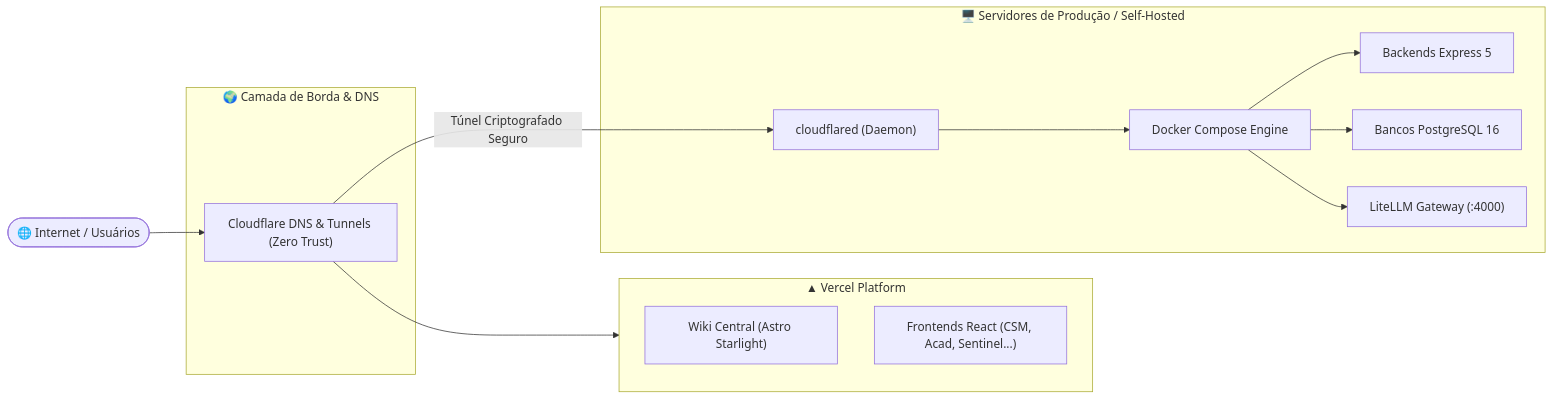
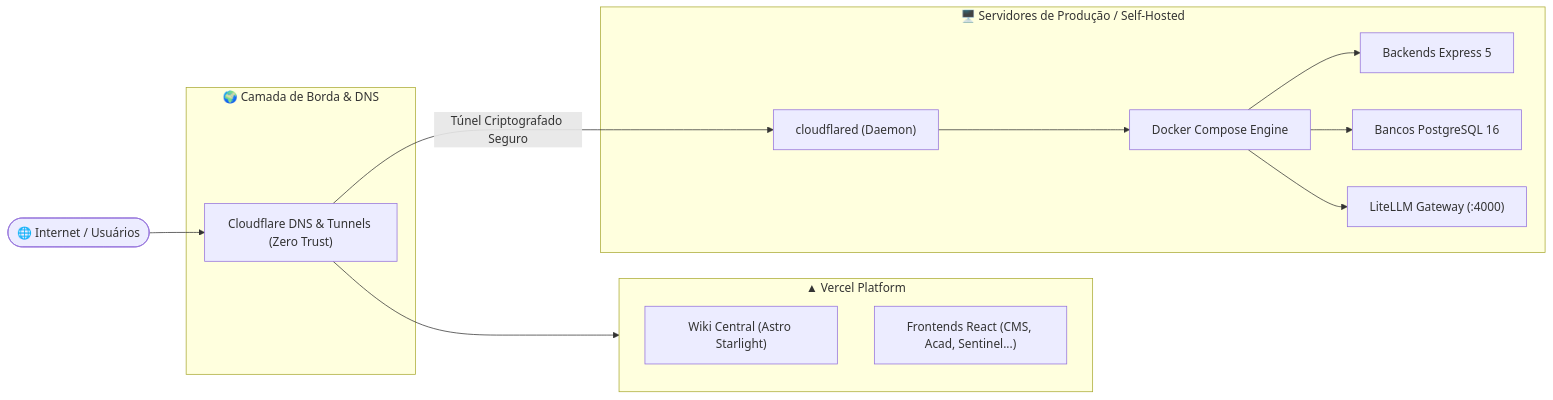
The diagram in src/content/docs/deploy/index.mdx (dorneles-laboratory/wiki), drawn with Mermaid before and after one commit. The commit also changed 10 other files, not shown here.

Commit message:
docs: correct acronym from CSM to CMS and update links

````diff
--- a/src/content/docs/deploy/index.mdx
+++ b/src/content/docs/deploy/index.mdx
@@ -16,29 +16,29 @@
 ```mermaid
 flowchart LR
     Internet(["🌐 Internet / Usuários"])
 
     subgraph Edge["🌍 Camada de Borda & DNS"]
         CF["Cloudflare DNS & Tunnels (Zero Trust)"]
     end
 
     subgraph Vercel["▲ Vercel Platform"]
         WikiApp["Wiki Central (Astro Starlight)"]
-        SPAs["Frontends React (CSM, Acad, Sentinel...)"]
+        SPAs["Frontends React (CMS, Acad, Sentinel...)"]
     end
 
     subgraph OnPremises["🖥️ Servidores de Produção / Self-Hosted"]
         TunnelsClient["cloudflared (Daemon)"]
         DockerCompose["Docker Compose Engine"]
         APIs["Backends Express 5"]
         DBs["Bancos PostgreSQL 16"]
         LiteLLM["LiteLLM Gateway (:4000)"]
     end
 
     Internet --> CF
     CF --> Vercel
     CF -->|"Túnel Criptografado Seguro"| TunnelsClient
     TunnelsClient --> DockerCompose
     DockerCompose --> APIs
     DockerCompose --> DBs
     DockerCompose --> LiteLLM
 ```
````
